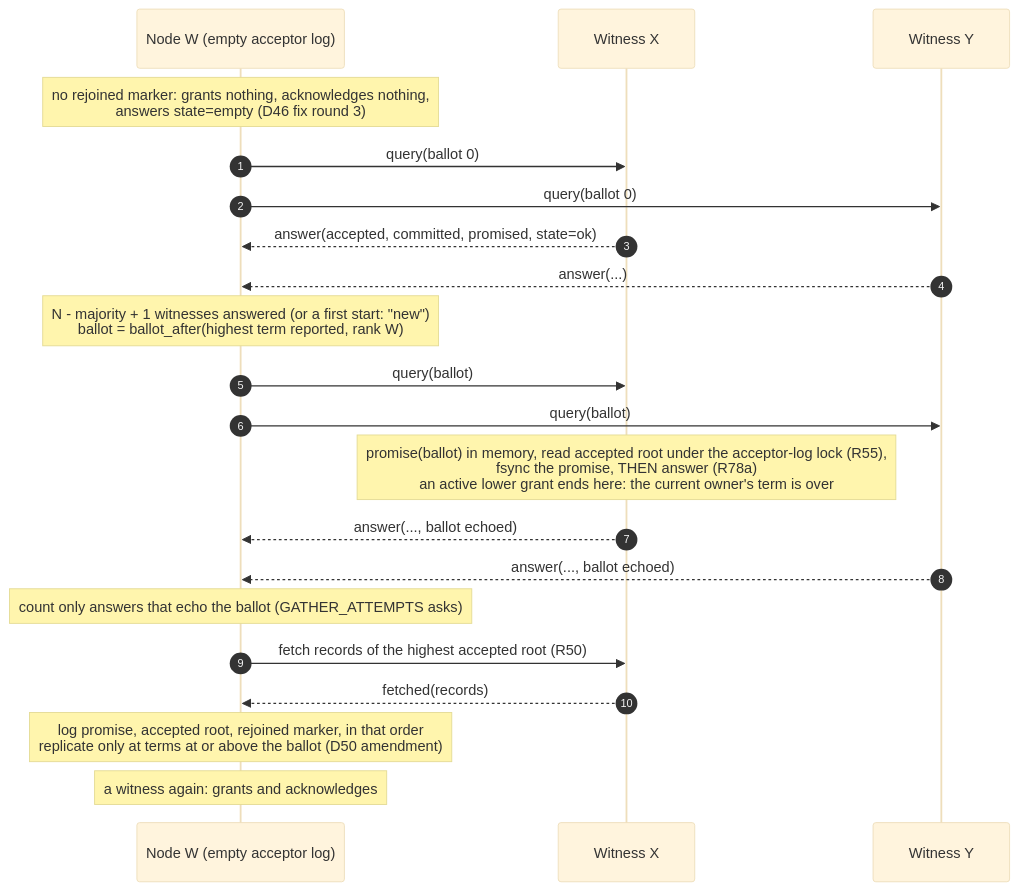
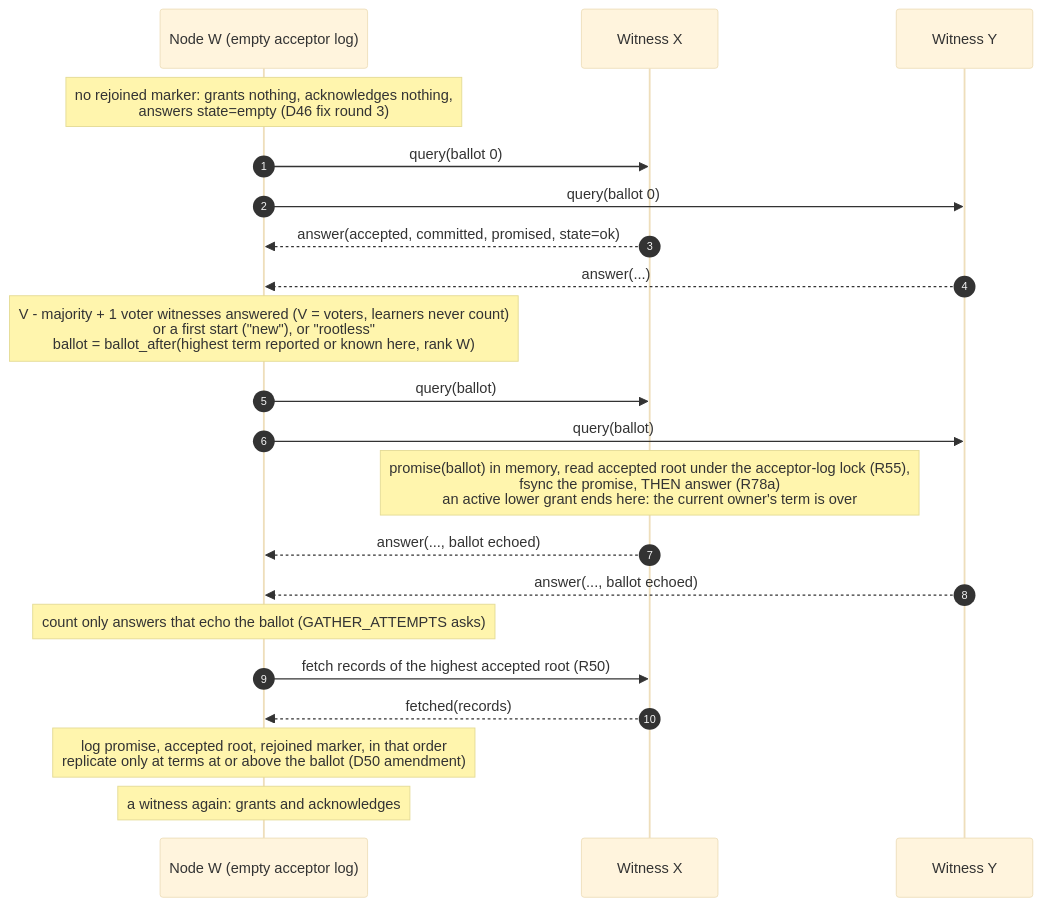
The diagram in docs/source/coordinator-protocol/seq-rejoin.mmd (gamarino/ProtoDB), drawn with Mermaid (base theme) before and after one commit. The commit also changed 12 other files, not shown here.

Commit message:
docs: coordinator protocol fix round (Task 10.4 review: S2 premise, stale base unknown, copies step, C1 preconditions, voters count, attach confirmation)

```diff
--- a/docs/source/coordinator-protocol/seq-rejoin.mmd
+++ b/docs/source/coordinator-protocol/seq-rejoin.mmd
@@ -1,22 +1,22 @@
 %% Rejoin of a node that lost its disk: a ballot, not a wait (R78a).
 sequenceDiagram
     autonumber
     participant W as Node W (empty acceptor log)
     participant X as Witness X
     participant Y as Witness Y
     Note over W: no rejoined marker: grants nothing, acknowledges nothing,<br/>answers state=empty (D46 fix round 3)
     W->>X: query(ballot 0)
     W->>Y: query(ballot 0)
     X-->>W: answer(accepted, committed, promised, state=ok)
     Y-->>W: answer(...)
-    Note over W: N - majority + 1 witnesses answered (or a first start: "new")<br/>ballot = ballot_after(highest term reported, rank W)
+    Note over W: V - majority + 1 voter witnesses answered (V = voters, learners never count)<br/>or a first start ("new"), or "rootless"<br/>ballot = ballot_after(highest term reported or known here, rank W)
     W->>X: query(ballot)
     W->>Y: query(ballot)
     Note over X: promise(ballot) in memory, read accepted root under the acceptor-log lock (R55),<br/>fsync the promise, THEN answer (R78a)<br/>an active lower grant ends here: the current owner's term is over
     X-->>W: answer(..., ballot echoed)
     Y-->>W: answer(..., ballot echoed)
     Note over W: count only answers that echo the ballot (GATHER_ATTEMPTS asks)
     W->>X: fetch records of the highest accepted root (R50)
     X-->>W: fetched(records)
     Note over W: log promise, accepted root, rejoined marker, in that order<br/>replicate only at terms at or above the ballot (D50 amendment)
     Note over W: a witness again: grants and acknowledges
```
